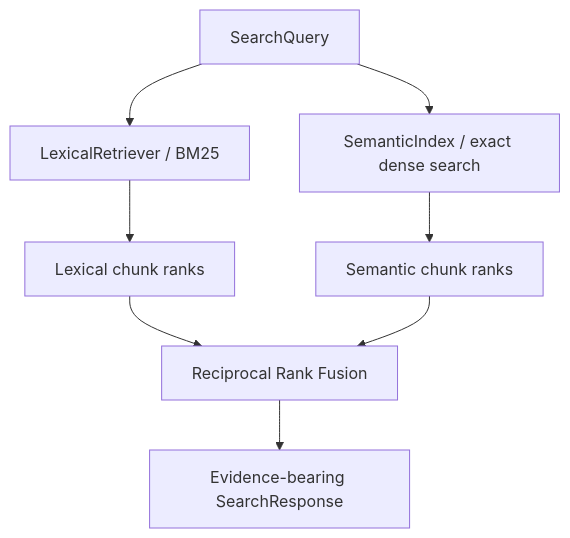
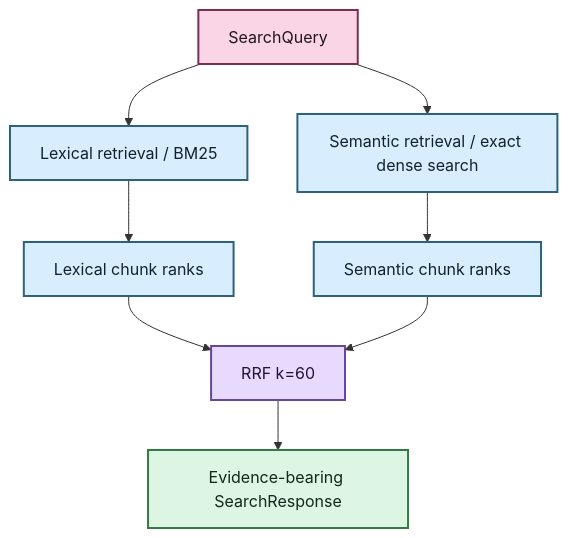
Before and after one commit to SSD1805/EchoFlow: the third of 4 diagrams in docs/architecture/corpus-search.md, drawn with Mermaid. The commit also changed other lines of this file, not shown here.

Commit message:
docs: give corpus search a human doorway

````diff
--- a/docs/architecture/corpus-search.md
+++ b/docs/architecture/corpus-search.md
@@ -243,10 +306,20 @@
 ```mermaid
 flowchart TD
-    Q[SearchQuery] --> L[LexicalRetriever / BM25]
-    Q --> S[SemanticIndex / exact dense search]
+    Q[SearchQuery] --> L[Lexical retrieval / BM25]
+    Q --> S[Semantic retrieval / exact dense search]
     L --> LR[Lexical chunk ranks]
     S --> SR[Semantic chunk ranks]
-    LR --> R[Reciprocal Rank Fusion]
+    LR --> R[RRF k=60]
     SR --> R
     R --> E[Evidence-bearing SearchResponse]
+
+    classDef query fill:#F9D5E5,stroke:#7B2E52,stroke-width:2px,color:#22151B
+    classDef rank fill:#D8EEFF,stroke:#2E617B,stroke-width:2px,color:#12222A
+    classDef fuse fill:#E8D9FF,stroke:#68469B,stroke-width:2px,color:#1F1630
+    classDef result fill:#DDF5E3,stroke:#347A46,stroke-width:2px,color:#142719
+
+    class Q query
+    class L,S,LR,SR rank
+    class R fuse
+    class E result
 ```
````
